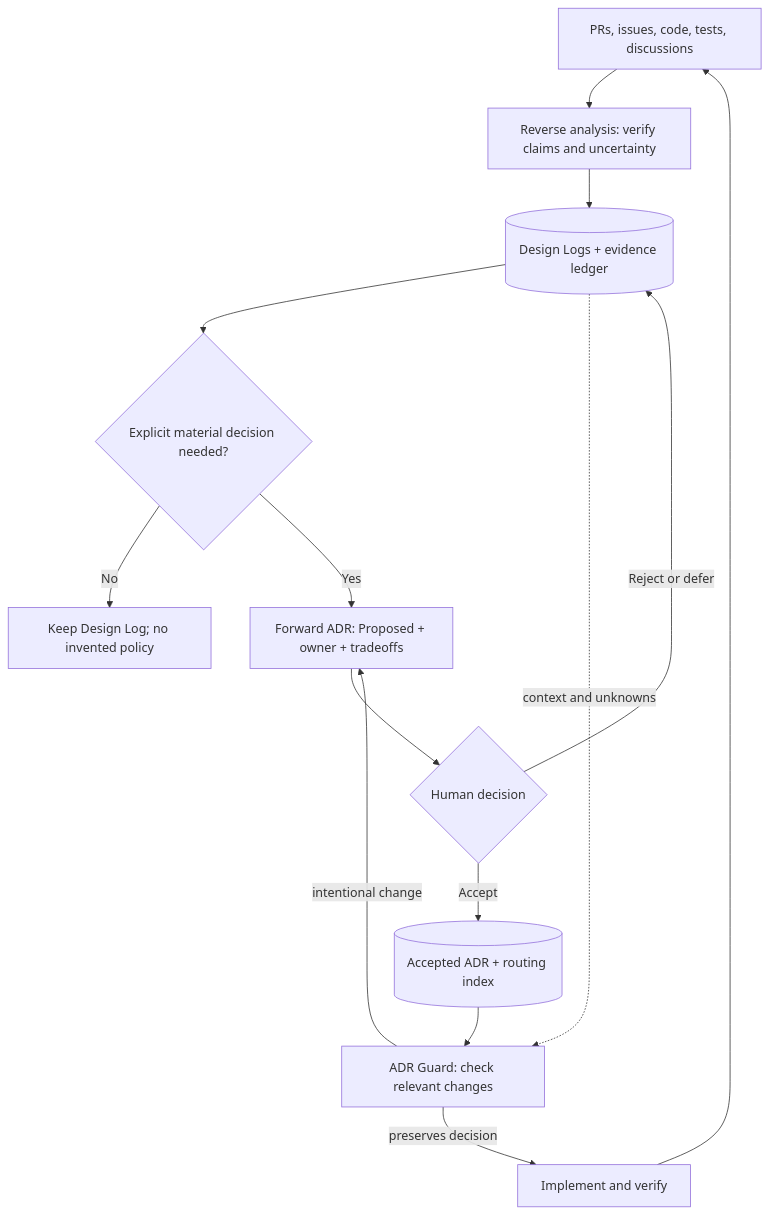
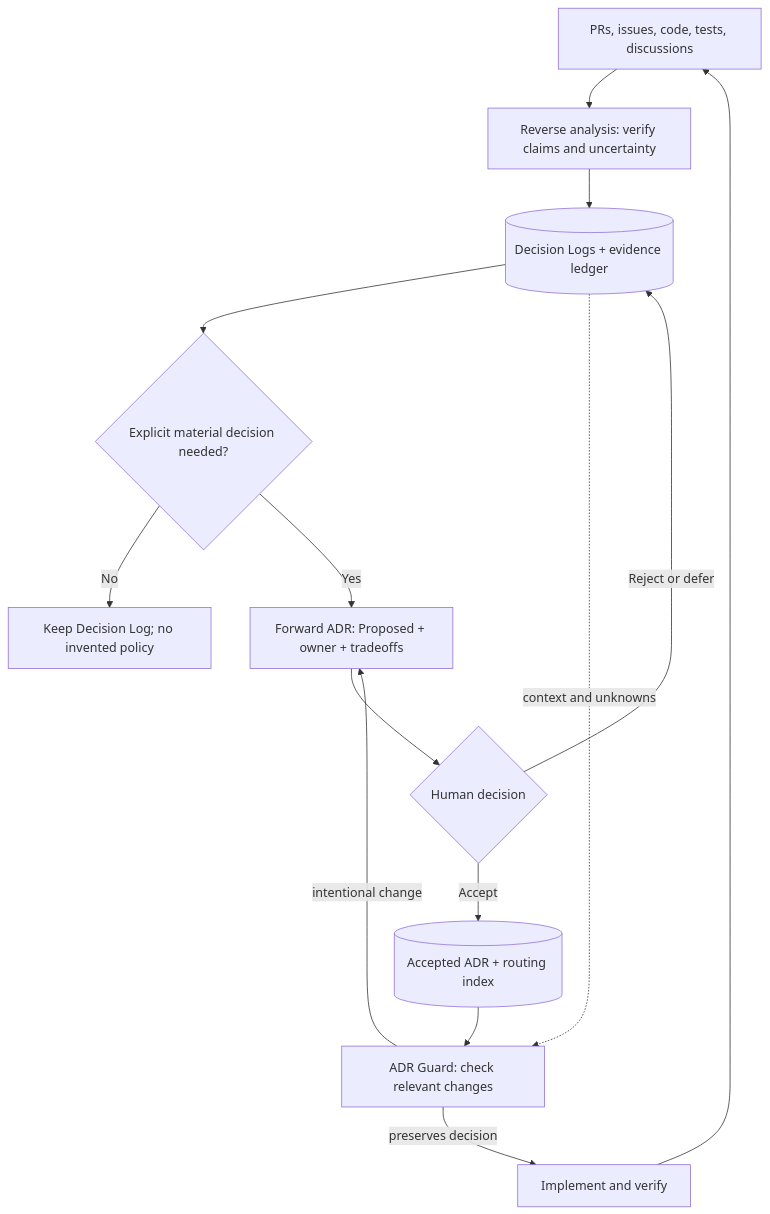
Before and after one commit to MichinaoShimizu/kiroku: the first of 2 diagrams in docs/adr/decision-continuity.md, drawn with Mermaid. The commit also changed other lines of this file and 62 other files, not shown here.

First line of the commit message:
docs: rename Design Log to Decision Log; accept ADRs 0022-0025 (#367)

````diff
--- a/docs/adr/decision-continuity.md
+++ b/docs/adr/decision-continuity.md
@@ -19,16 +19,16 @@
 ```mermaid
 flowchart TD
     S["PRs, issues, code, tests, discussions"] --> R["Reverse analysis: verify claims and uncertainty"]
-    R --> L[("Design Logs + evidence ledger")]
+    R --> L[("Decision Logs + evidence ledger")]
     L --> Q{"Explicit material decision needed?"}
-    Q -- "No" --> K["Keep Design Log; no invented policy"]
+    Q -- "No" --> K["Keep Decision Log; no invented policy"]
     Q -- "Yes" --> P["Forward ADR: Proposed + owner + tradeoffs"]
     P --> H{"Human decision"}
     H -- "Accept" --> A[("Accepted ADR + routing index")]
     H -- "Reject or defer" --> L
     A --> G["ADR Guard: check relevant changes"]
     L -. "context and unknowns" .-> G
     G -- "preserves decision" --> I["Implement and verify"]
     G -- "intentional change" --> P
     I --> S
 ```
````
